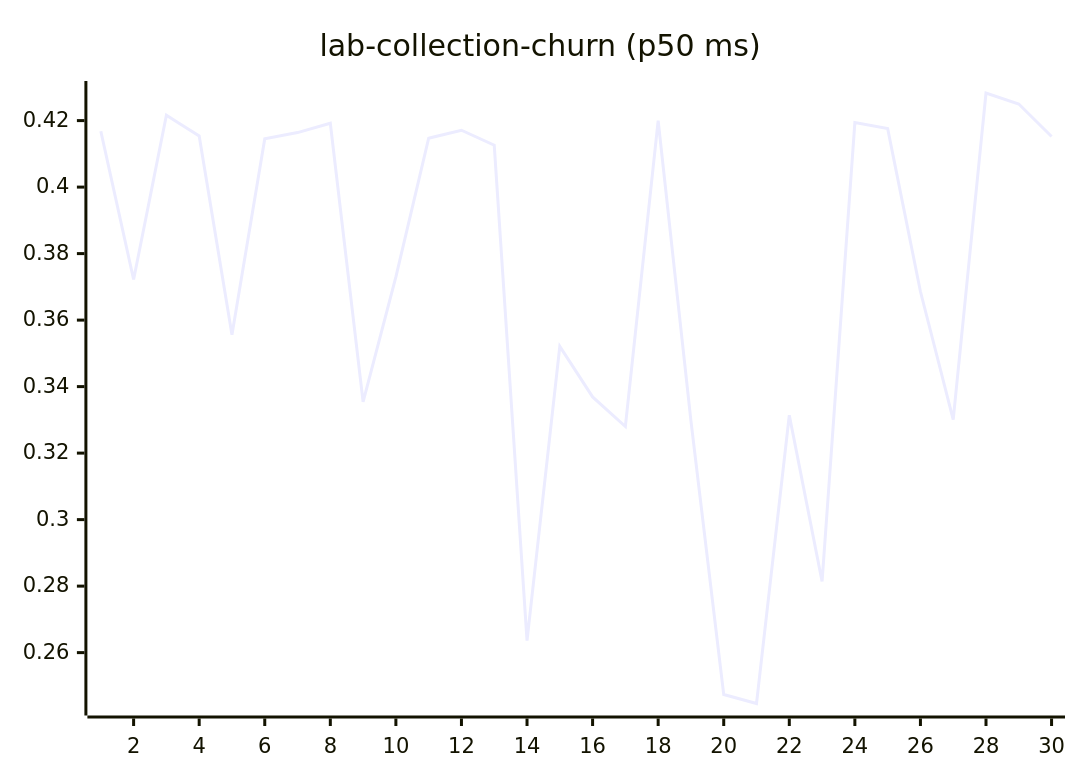
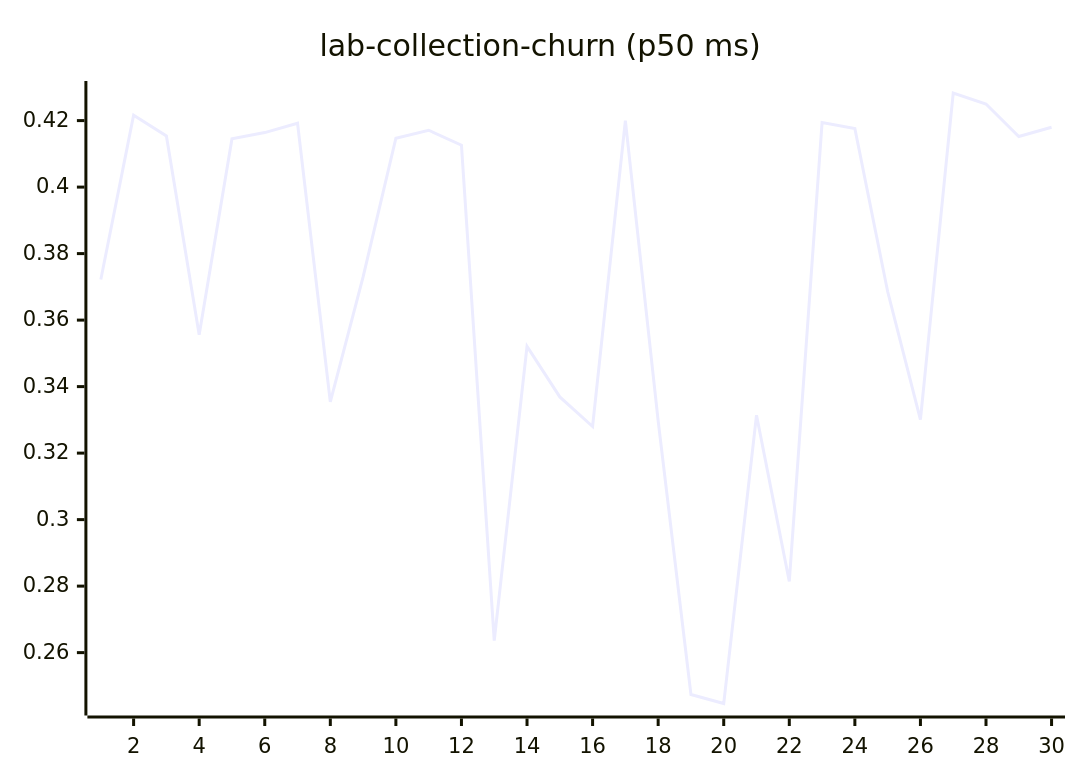
Before and after one commit to josha/Facet: diagram 11 of 27 in README.md, drawn with Mermaid. The commit also changed other lines of this file and 2 other files, not shown here.

````diff
--- a/README.md
+++ b/README.md
@@ -133,6 +133,6 @@
 ```mermaid
 xychart-beta
     title "lab-collection-churn (p50 ms)"
     x-axis 1 --> 30
-    line [0.4168, 0.3722, 0.4216, 0.4154, 0.3556, 0.4145, 0.4164, 0.4192, 0.3354, 0.3730, 0.4147, 0.4171, 0.4126, 0.2636, 0.3521, 0.3369, 0.3280, 0.4200, 0.3297, 0.2474, 0.2447, 0.3314, 0.2814, 0.4194, 0.4176, 0.3686, 0.3301, 0.4283, 0.4250, 0.4152]
+    line [0.3722, 0.4216, 0.4154, 0.3556, 0.4145, 0.4164, 0.4192, 0.3354, 0.3730, 0.4147, 0.4171, 0.4126, 0.2636, 0.3521, 0.3369, 0.3280, 0.4200, 0.3297, 0.2474, 0.2447, 0.3314, 0.2814, 0.4194, 0.4176, 0.3686, 0.3301, 0.4283, 0.4250, 0.4152, 0.4180]
 ```
````
